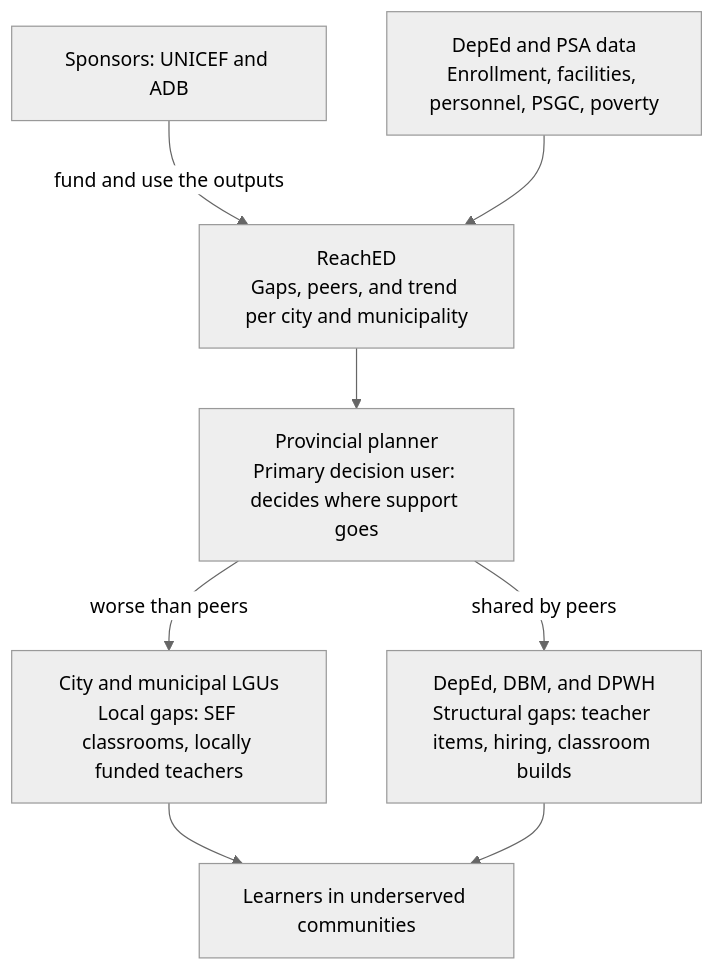
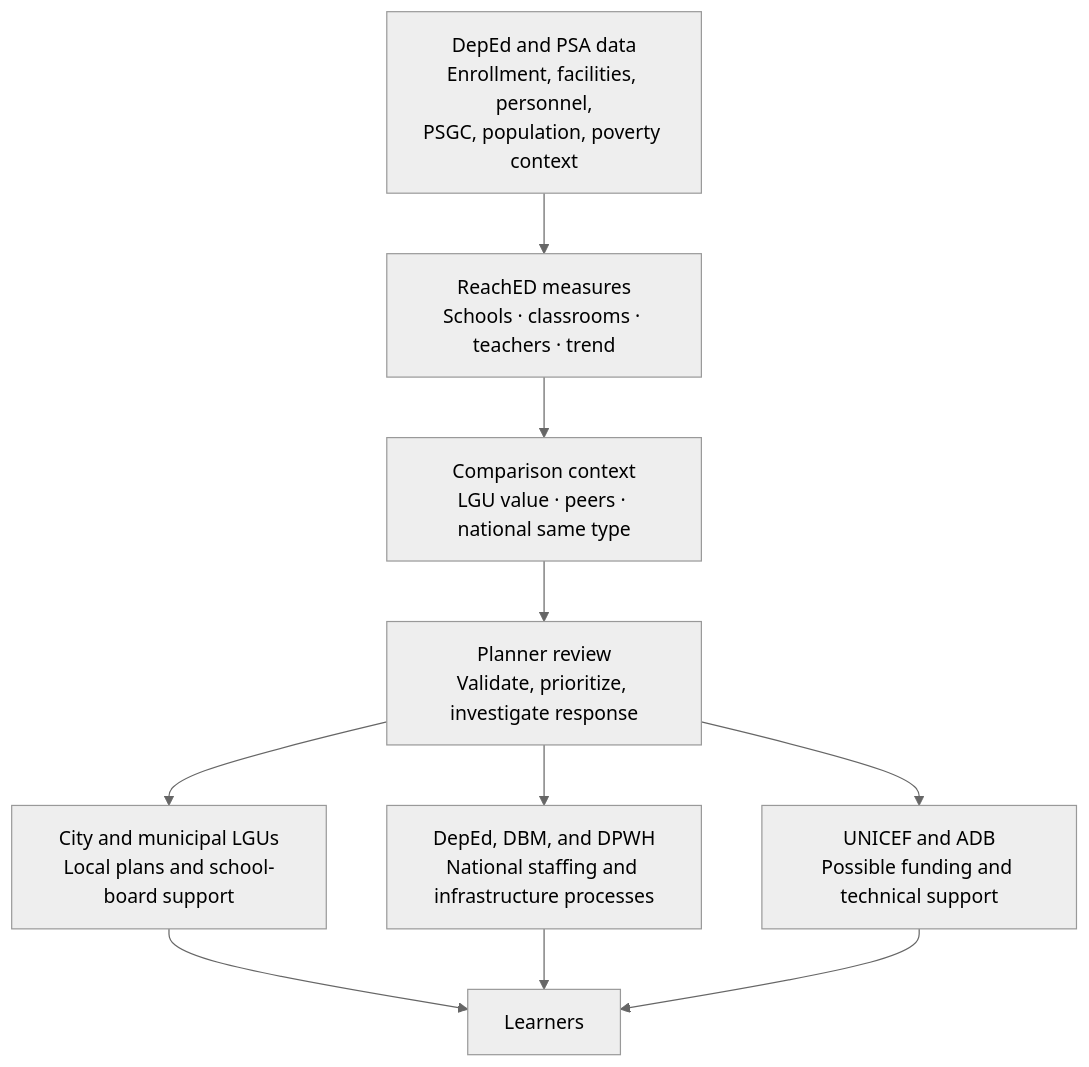
The diagram in docs/business/stakeholders.md (reached-hq/edu-access-intelligence), drawn with Mermaid (neutral theme) before and after one commit. The commit also changed other lines of this file, not shown here.

````diff
--- a/docs/business/stakeholders.md
+++ b/docs/business/stakeholders.md
@@ -21,10 +21,19 @@
 ```mermaid
 flowchart TD
-    S["Sponsors: UNICEF and ADB"] -->|fund and use the outputs| R
-    D["DepEd and PSA data<br/>Enrollment, facilities, personnel, PSGC, poverty"] --> R["ReachED<br/>Gaps, peers, and trend per city and municipality"]
-    R --> P["Provincial planner<br/>Primary decision user: decides where support goes"]
-    P -->|worse than peers| L["City and municipal LGUs<br/>Local gaps: SEF classrooms, locally funded teachers"]
-    P -->|shared by peers| G["DepEd, DBM, and DPWH<br/>Structural gaps: teacher items, hiring, classroom builds"]
-    L --> X["Learners in underserved communities"]
+    D["DepEd and PSA data<br/>Enrollment, facilities, personnel,<br/>PSGC, population, poverty context"]
+    Q["ReachED measures<br/>Schools · classrooms · teachers · trend"]
+    C["Comparison context<br/>LGU value · peers · national same type"]
+    P["Planner review<br/>Validate, prioritize, investigate response"]
+    L["City and municipal LGUs<br/>Local plans and school-board support"]
+    G["DepEd, DBM, and DPWH<br/>National staffing and infrastructure processes"]
+    S["UNICEF and ADB<br/>Possible funding and technical support"]
+    X["Learners"]
+
+    D --> Q --> C --> P
+    P --> L
+    P --> G
+    P --> S
+    L --> X
     G --> X
+    S --> X
 ```
````
